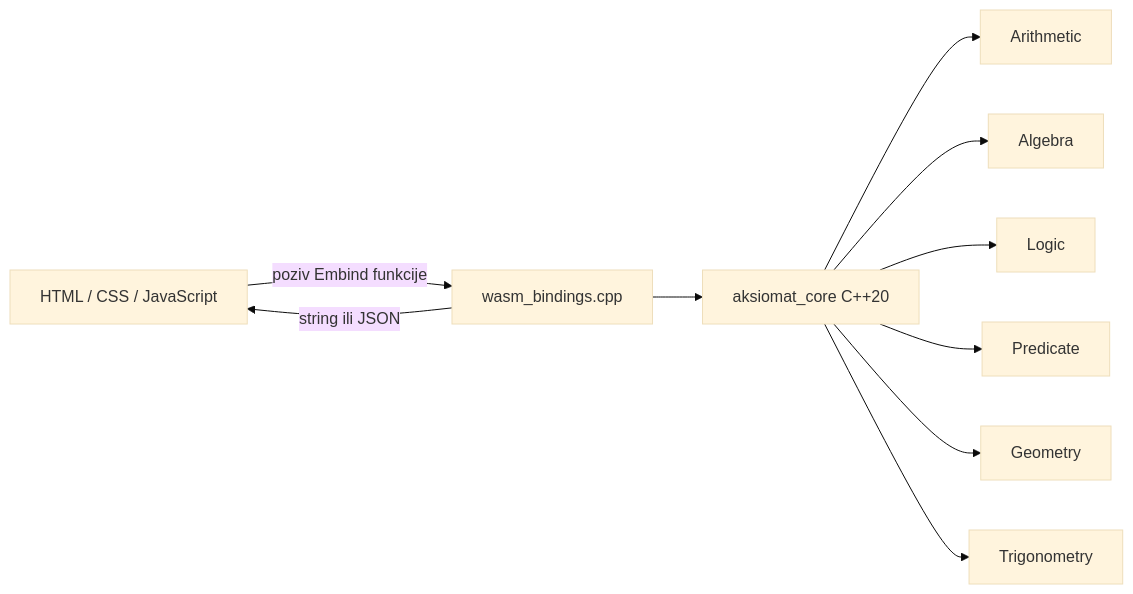
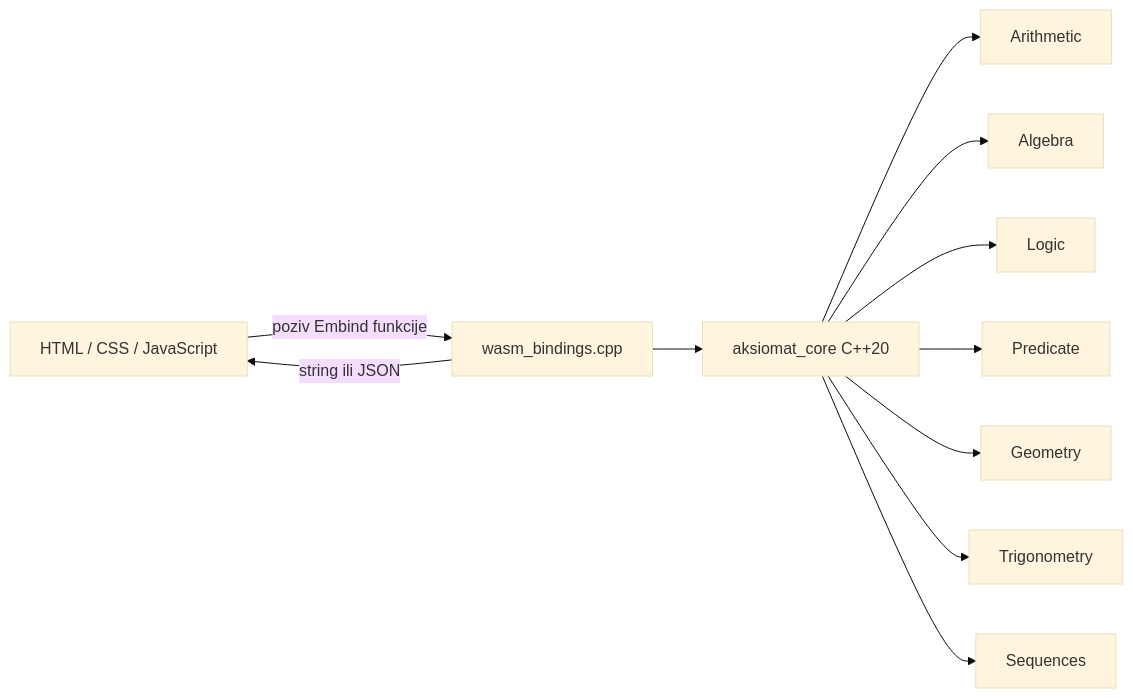
The first of 3 diagrams in docs/architecture.md (StjepanVelc/MathEngine), drawn with Mermaid (base theme) before and after one commit. The commit also changed 35 other files, not shown here.

````diff
--- a/docs/architecture.md
+++ b/docs/architecture.md
@@ -7,12 +7,13 @@
 ```mermaid
 flowchart LR
 	UI[HTML / CSS / JavaScript] -->|poziv Embind funkcije| WB[wasm_bindings.cpp]
 	WB --> CORE[aksiomat_core C++20]
 	CORE --> AR[Arithmetic]
 	CORE --> AL[Algebra]
 	CORE --> LO[Logic]
 	CORE --> PR[Predicate]
 	CORE --> GE[Geometry]
 	CORE --> TR[Trigonometry]
+	CORE --> SEQ[Sequences]
 	WB -->|string ili JSON| UI
 ```
````
